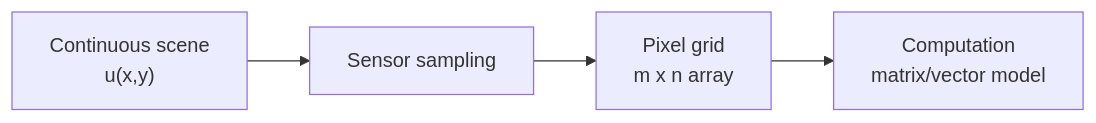
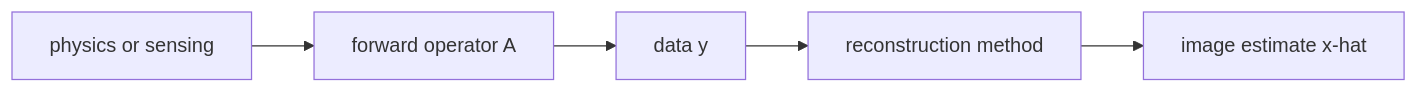
One commit to lnajman/math435-mathematical-imaging changed the diagram in slides/week-01-image-formation.qmd. Above: the diagram before and after it, drawn with Mermaid. The commit also changed other lines of this file and 8 other files, not shown here.

````diff
--- a/slides/week-01-image-formation.qmd
+++ b/slides/week-01-image-formation.qmd
@@ -57,6 +33,7 @@
 ```{mermaid}
 flowchart LR
-  A["Continuous scene<br/>u(x,y)"] --> B["Sensor sampling"]
-  B --> C["Pixel grid<br/>m x n array"]
-  C --> D["Computation<br/>matrix/vector model"]
+  P["physics or sensing"] --> A["forward operator A"]
+  A --> Y["data y"]
+  Y --> R["reconstruction method"]
+  R --> X["image estimate x-hat"]
 ```
````
